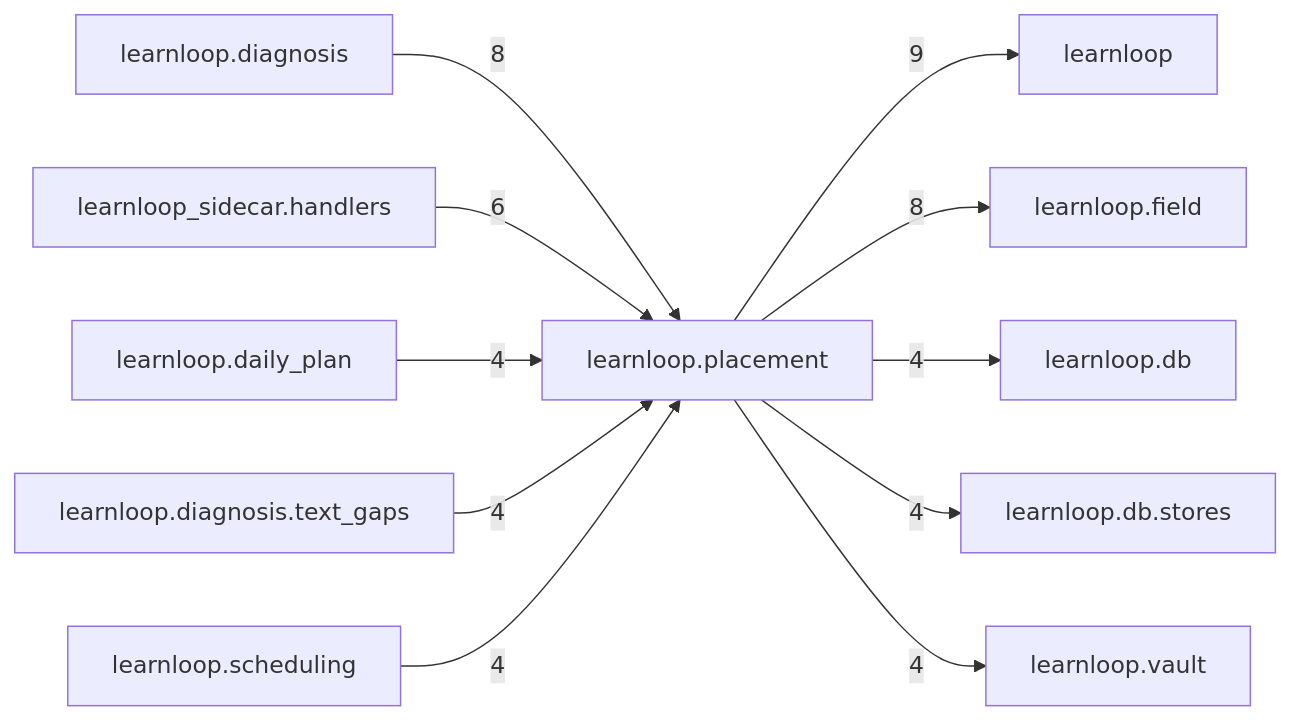
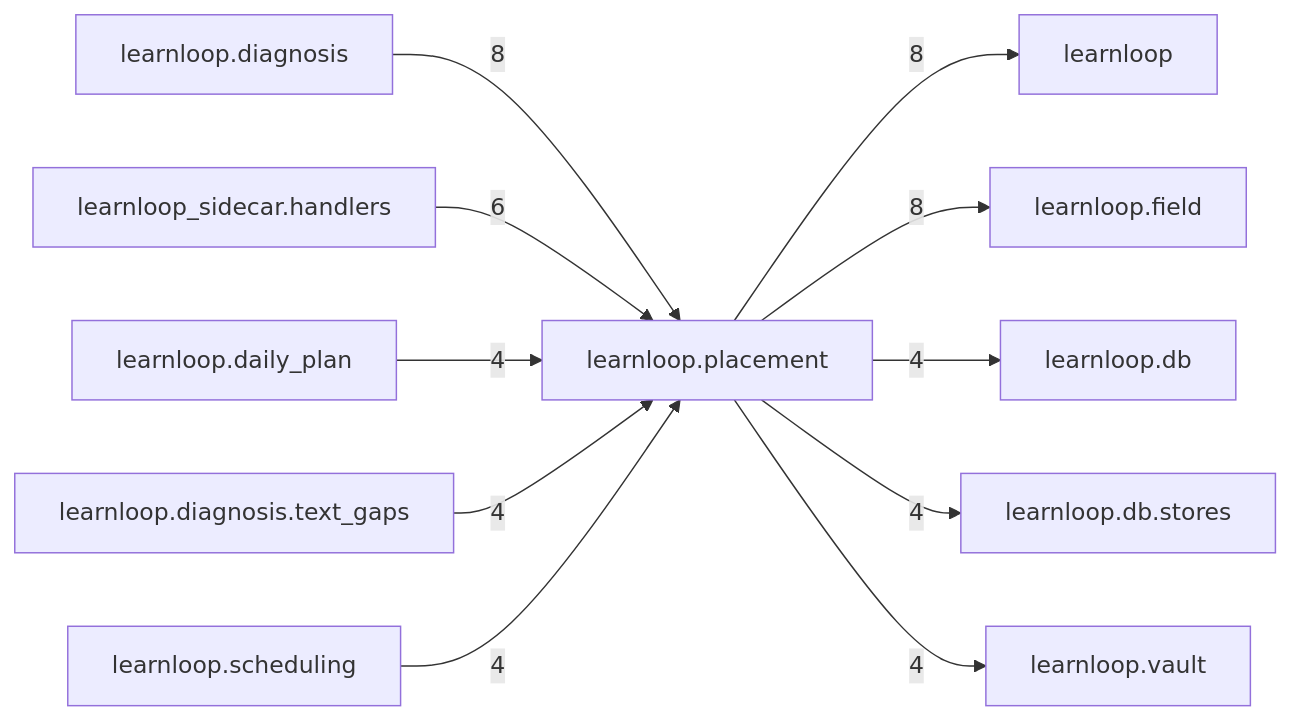
The diagram in docs/learnloop-architecture-vault/Reference/Modules/learnloop/placement/_package.md (6up-b/learnanything), drawn with Mermaid before and after one commit. The commit also changed other lines of this file and 69 other files, not shown here.

````diff
--- a/docs/learnloop-architecture-vault/Reference/Modules/learnloop/placement/_package.md
+++ b/docs/learnloop-architecture-vault/Reference/Modules/learnloop/placement/_package.md
@@ -98,24 +98,24 @@
 ```mermaid
 flowchart LR
     center["learnloop.placement"]
     n_learnloop["learnloop"]
     n_learnloop_diagnosis["learnloop.diagnosis"]
     n_learnloop_field["learnloop.field"]
     n_learnloop_sidecar_handlers["learnloop_sidecar.handlers"]
     n_learnloop_daily_plan["learnloop.daily_plan"]
     n_learnloop_db["learnloop.db"]
     n_learnloop_db_stores["learnloop.db.stores"]
     n_learnloop_diagnosis_text_gaps["learnloop.diagnosis.text_gaps"]
     n_learnloop_scheduling["learnloop.scheduling"]
     n_learnloop_vault["learnloop.vault"]
-    center -->|9| n_learnloop
+    center -->|8| n_learnloop
     n_learnloop_diagnosis -->|8| center
     center -->|8| n_learnloop_field
     n_learnloop_sidecar_handlers -->|6| center
     n_learnloop_daily_plan -->|4| center
     center -->|4| n_learnloop_db
     center -->|4| n_learnloop_db_stores
     n_learnloop_diagnosis_text_gaps -->|4| center
     n_learnloop_scheduling -->|4| center
     center -->|4| n_learnloop_vault
 ```
````
